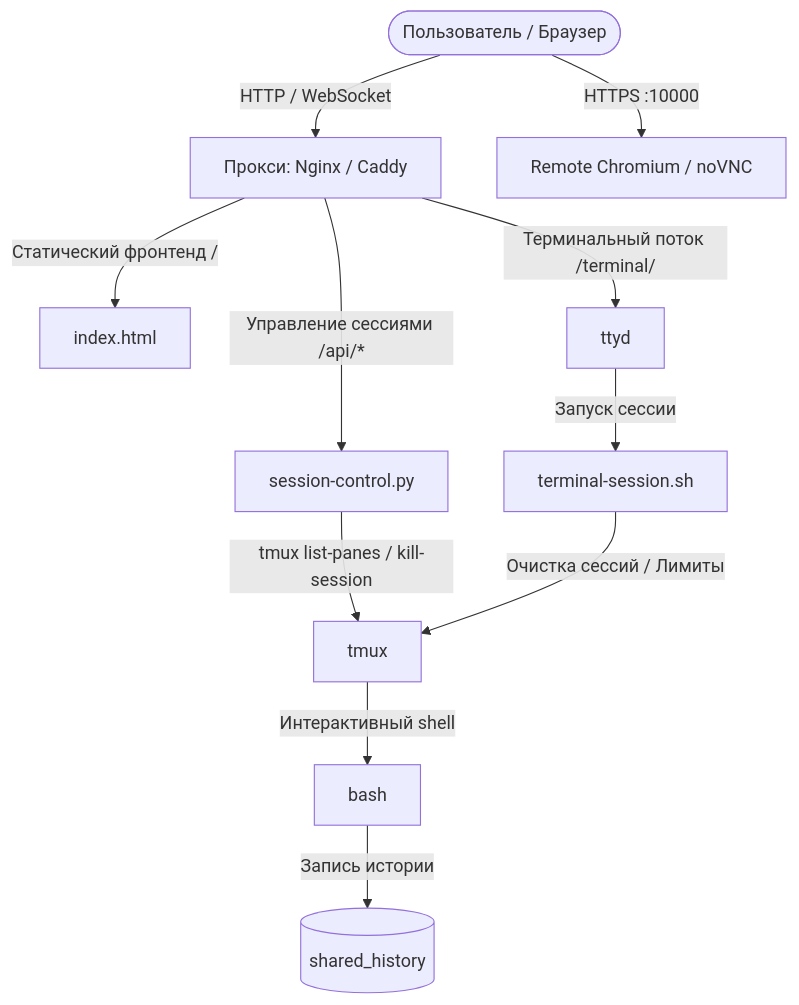
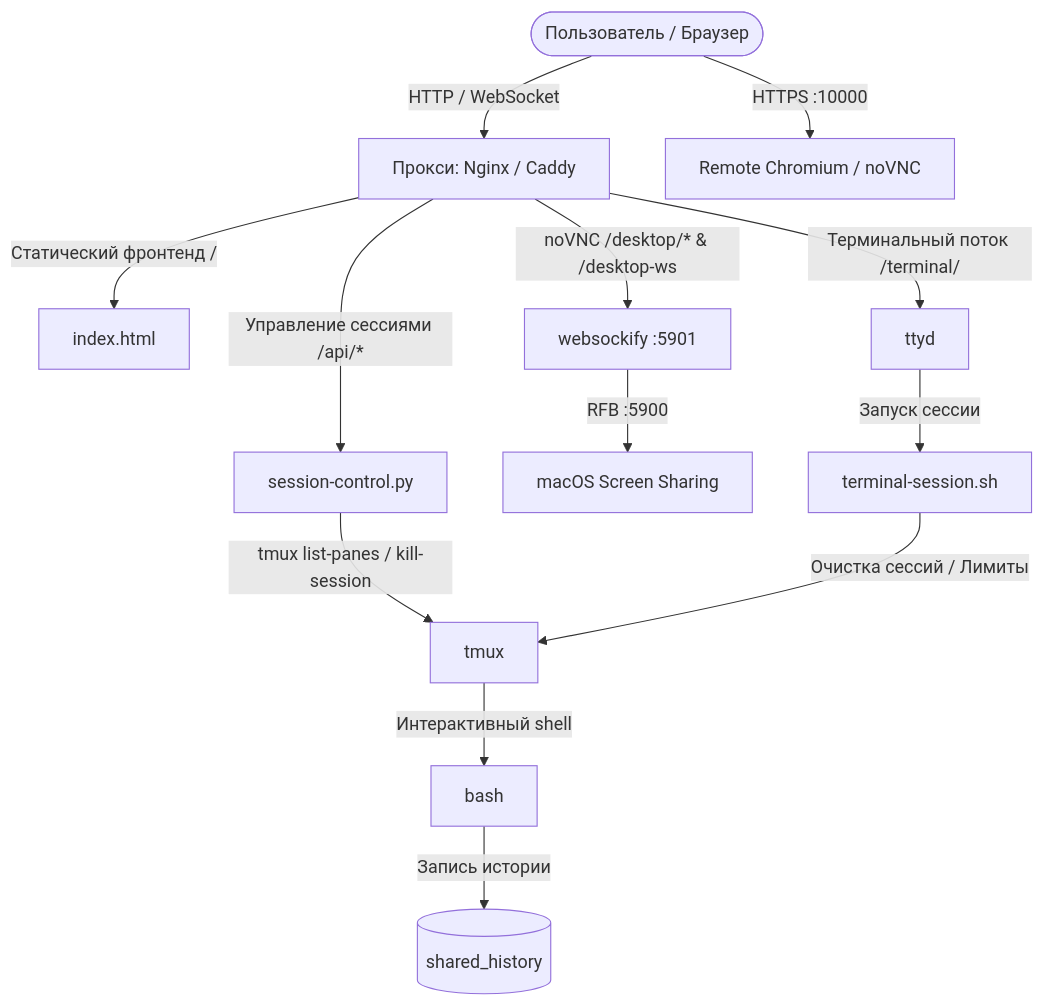
The diagram in README.md (lcruspe/fly-terminal), drawn with Mermaid before and after one commit. The commit also changed other lines of this file and 214 other files, not shown here.

Commit message:
feat(desktop): add native Mac mini remote desktop via noVNC and websockify

````diff
--- a/README.md
+++ b/README.md
@@ -22,14 +23,16 @@
 ```mermaid
 graph TD
     User([Пользователь / Браузер]) -->|HTTP / WebSocket| Proxy[Прокси: Nginx / Caddy]
     Proxy -->|Статический фронтенд /| IndexHtml[index.html]
     Proxy -->|Управление сессиями /api/*| ControlPy[session-control.py]
     Proxy -->|Терминальный поток /terminal/| Ttyd[ttyd]
+    Proxy -->|noVNC /desktop/* & /desktop-ws| Websockify[websockify :5901]
+    Websockify -->|RFB :5900| MacScreen[macOS Screen Sharing]
     User -->|HTTPS :10000| Browser[Remote Chromium / noVNC]
     
     ControlPy -->|tmux list-panes / kill-session| Tmux[tmux]
     Ttyd -->|Запуск сессии| SessionSh[terminal-session.sh]
     SessionSh -->|Очистка сессий / Лимиты| Tmux
     Tmux -->|Интерактивный shell| Bash[bash]
     Bash -->|Запись истории| HistFile[(shared_history)]
 ```
````
